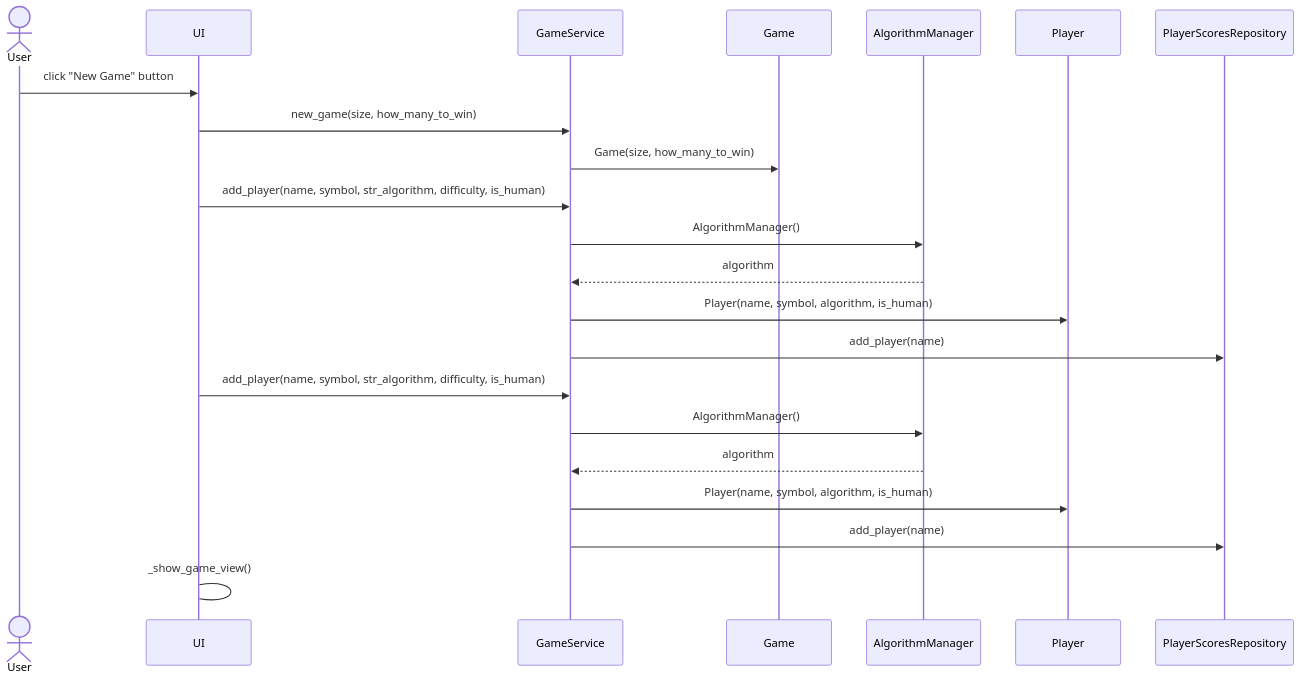
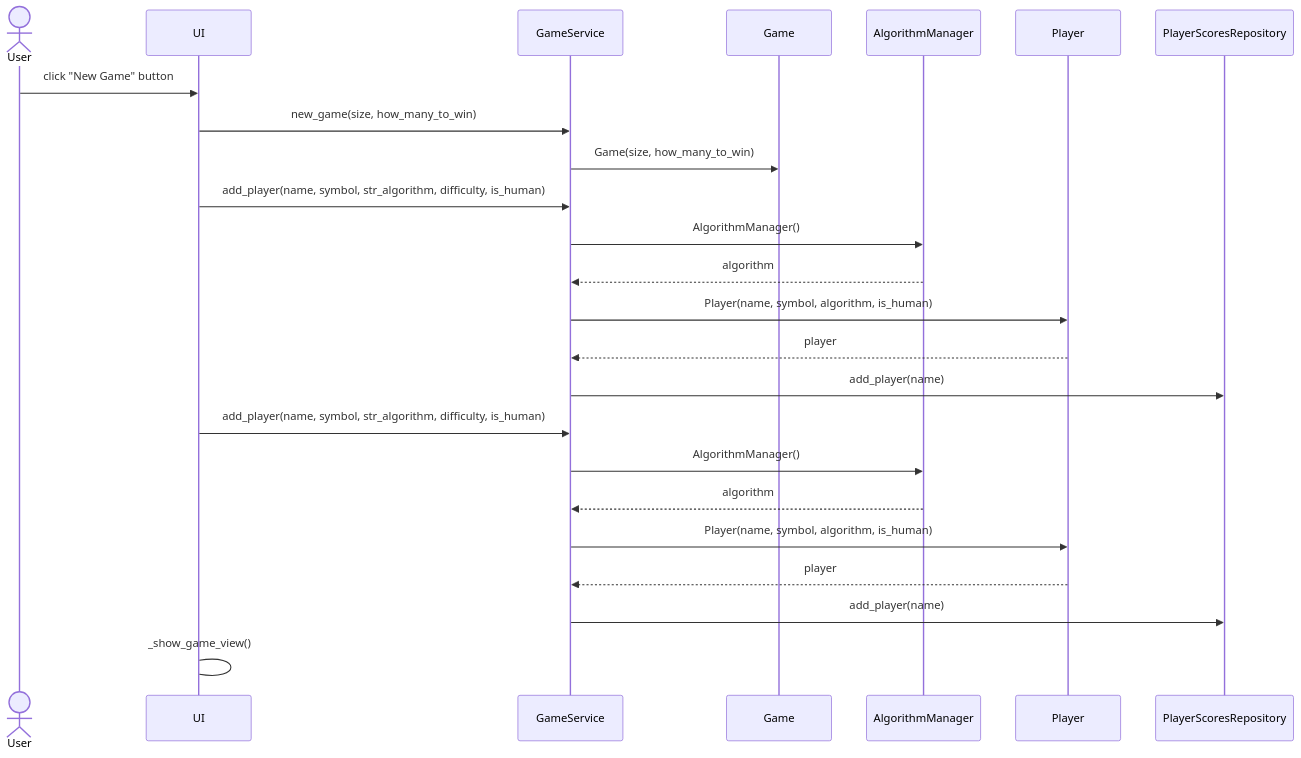
Before and after one commit to JonathanHeyno/ot-harjoitustyo: the diagram in dokumentaatio/arkkitehtuuri.md, drawn with Mermaid.

````diff
--- a/dokumentaatio/arkkitehtuuri.md
+++ b/dokumentaatio/arkkitehtuuri.md
@@ -30,24 +30,26 @@
 ```mermaid
 sequenceDiagram
   actor User
   participant UI
   participant GameService
   participant Game
   participant AlgorithmManager
   participant Player
   participant PlayerScoresRepository
   User->>UI: click "New Game" button
   UI->>GameService: new_game(size, how_many_to_win)
   GameService->>Game: Game(size, how_many_to_win)
   UI->>GameService: add_player(name, symbol, str_algorithm, difficulty, is_human)
   GameService->>AlgorithmManager: AlgorithmManager()
   AlgorithmManager-->>GameService: algorithm
   GameService->>Player: Player(name, symbol, algorithm, is_human)
+  Player-->>GameService: player
   GameService->>PlayerScoresRepository: add_player(name)
   UI->>GameService: add_player(name, symbol, str_algorithm, difficulty, is_human)
   GameService->>AlgorithmManager: AlgorithmManager()
   AlgorithmManager-->>GameService: algorithm
   GameService->>Player: Player(name, symbol, algorithm, is_human)
+  Player-->>GameService: player
   GameService->>PlayerScoresRepository: add_player(name)
   UI->UI: _show_game_view()
 ```
````
